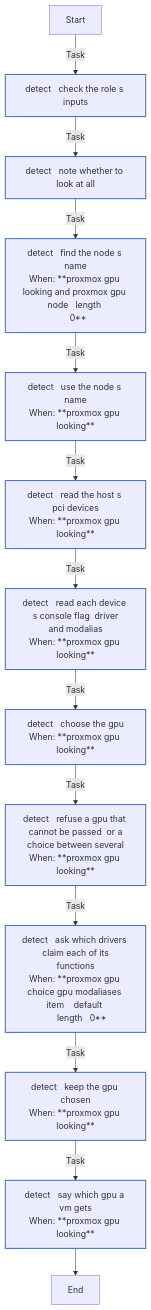
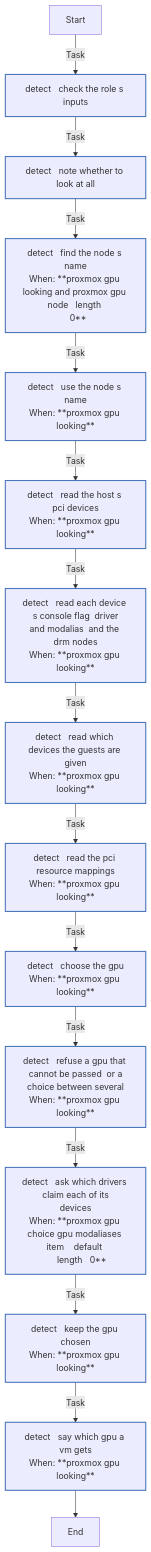
The first of 2 diagrams in roles/proxmox_gpu/REFERENCE.md (kawadeomkar/homeserver), drawn with Mermaid before and after one commit. The commit also changed other lines of this file and 25 other files, not shown here.

First line of the commit message:
fix(gpu): pass Arc cards, never another guest's GPU, and keep the apps off a GPU the worker lacks

````diff
--- a/roles/proxmox_gpu/REFERENCE.md
+++ b/roles/proxmox_gpu/REFERENCE.md
@@ -264,25 +323,27 @@
 ```mermaid
 flowchart TD
 Start
 classDef block stroke:#3498db,stroke-width:2px;
 classDef task stroke:#4b76bb,stroke-width:2px;
 classDef includeTasks stroke:#16a085,stroke-width:2px;
 classDef importTasks stroke:#34495e,stroke-width:2px;
 classDef includeRole stroke:#2980b9,stroke-width:2px;
 classDef importRole stroke:#699ba7,stroke-width:2px;
 classDef includeVars stroke:#8e44ad,stroke-width:2px;
 classDef rescue stroke:#665352,stroke-width:2px;
 
   Start-->|Task| detect___Check_the_role_s_inputs0[detect   check the role s inputs]:::task
   detect___Check_the_role_s_inputs0-->|Task| detect___Note_whether_to_look_at_all1[detect   note whether to look at all]:::task
   detect___Note_whether_to_look_at_all1-->|Task| detect___Find_the_node_s_name2[detect   find the node s name<br>When: **proxmox gpu looking and proxmox gpu node   length <br>  0**]:::task
   detect___Find_the_node_s_name2-->|Task| detect___Use_the_node_s_name3[detect   use the node s name<br>When: **proxmox gpu looking**]:::task
   detect___Use_the_node_s_name3-->|Task| detect___Read_the_host_s_PCI_devices4[detect   read the host s pci devices<br>When: **proxmox gpu looking**]:::task
-  detect___Read_the_host_s_PCI_devices4-->|Task| detect___Read_each_device_s_console_flag__driver_and_modalias5[detect   read each device s console flag  driver<br>and modalias<br>When: **proxmox gpu looking**]:::task
-  detect___Read_each_device_s_console_flag__driver_and_modalias5-->|Task| detect___Choose_the_GPU6[detect   choose the gpu<br>When: **proxmox gpu looking**]:::task
-  detect___Choose_the_GPU6-->|Task| detect___Refuse_a_GPU_that_cannot_be_passed__or_a_choice_between_several7[detect   refuse a gpu that cannot be passed  or a<br>choice between several<br>When: **proxmox gpu looking**]:::task
-  detect___Refuse_a_GPU_that_cannot_be_passed__or_a_choice_between_several7-->|Task| detect___Ask_which_drivers_claim_each_of_its_functions8[detect   ask which drivers claim each of its<br>functions<br>When: **proxmox gpu choice gpu modaliases item    default <br>     length   0**]:::task
-  detect___Ask_which_drivers_claim_each_of_its_functions8-->|Task| detect___Keep_the_GPU_chosen9[detect   keep the gpu chosen<br>When: **proxmox gpu looking**]:::task
-  detect___Keep_the_GPU_chosen9-->|Task| detect___Say_which_GPU_a_VM_gets10[detect   say which gpu a vm gets<br>When: **proxmox gpu looking**]:::task
-  detect___Say_which_GPU_a_VM_gets10-->End
+  detect___Read_the_host_s_PCI_devices4-->|Task| detect___Read_each_device_s_console_flag__driver_and_modalias__and_the_DRM_nodes5[detect   read each device s console flag  driver<br>and modalias  and the drm nodes<br>When: **proxmox gpu looking**]:::task
+  detect___Read_each_device_s_console_flag__driver_and_modalias__and_the_DRM_nodes5-->|Task| detect___Read_which_devices_the_guests_are_given6[detect   read which devices the guests are given<br>When: **proxmox gpu looking**]:::task
+  detect___Read_which_devices_the_guests_are_given6-->|Task| detect___Read_the_PCI_resource_mappings7[detect   read the pci resource mappings<br>When: **proxmox gpu looking**]:::task
+  detect___Read_the_PCI_resource_mappings7-->|Task| detect___Choose_the_GPU8[detect   choose the gpu<br>When: **proxmox gpu looking**]:::task
+  detect___Choose_the_GPU8-->|Task| detect___Refuse_a_GPU_that_cannot_be_passed__or_a_choice_between_several9[detect   refuse a gpu that cannot be passed  or a<br>choice between several<br>When: **proxmox gpu looking**]:::task
+  detect___Refuse_a_GPU_that_cannot_be_passed__or_a_choice_between_several9-->|Task| detect___Ask_which_drivers_claim_each_of_its_devices10[detect   ask which drivers claim each of its<br>devices<br>When: **proxmox gpu choice gpu modaliases item    default <br>     length   0**]:::task
+  detect___Ask_which_drivers_claim_each_of_its_devices10-->|Task| detect___Keep_the_GPU_chosen11[detect   keep the gpu chosen<br>When: **proxmox gpu looking**]:::task
+  detect___Keep_the_GPU_chosen11-->|Task| detect___Say_which_GPU_a_VM_gets12[detect   say which gpu a vm gets<br>When: **proxmox gpu looking**]:::task
+  detect___Say_which_GPU_a_VM_gets12-->End
 ```
````
